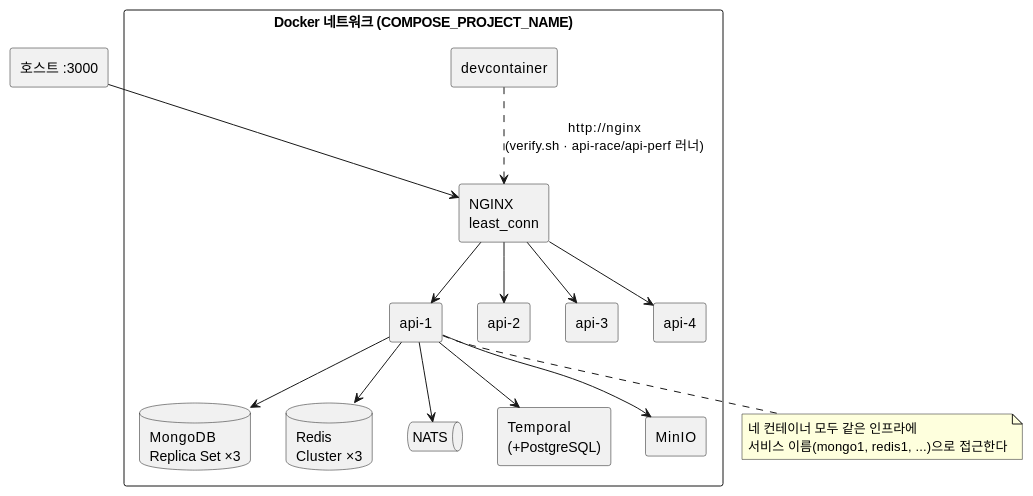
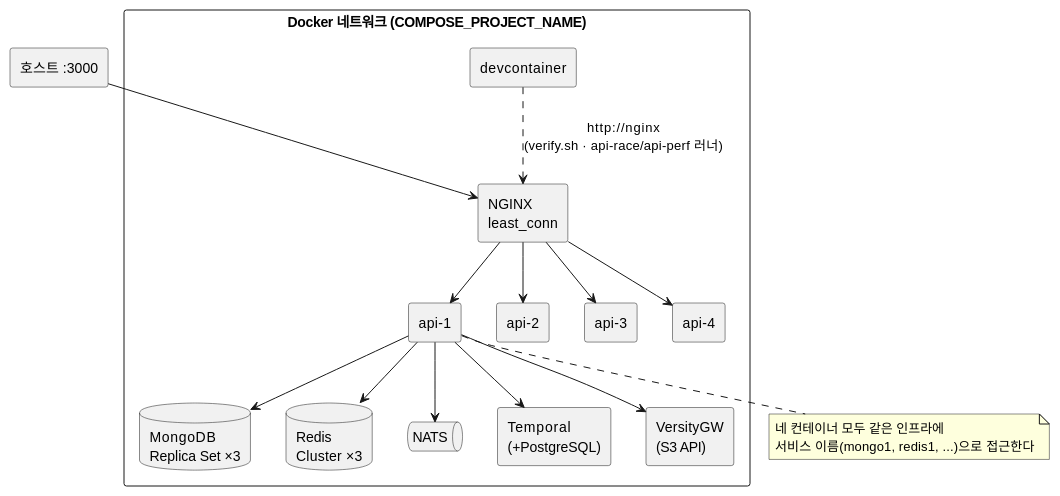
One commit to mannercode/nest-seed changed the diagram in docs/deploy.md. Above: the diagram before and after it, drawn with PlantUML. The commit also changed other lines of this file and 25 other files, not shown here.

````diff
--- a/docs/deploy.md
+++ b/docs/deploy.md
@@ -11,36 +11,36 @@
 ```plantuml
 @startuml
 skinparam componentStyle rectangle
 
 rectangle "호스트 :3000" as hostport
 rectangle "Docker 네트워크 (COMPOSE_PROJECT_NAME)" {
     [NGINX\nleast_conn] as nginx
     [api-1] as a1
     [api-2] as a2
     [api-3] as a3
     [api-4] as a4
     database "MongoDB\nReplica Set ×3" as mongo
     database "Redis\nCluster ×3" as redis
     queue NATS as nats
     [Temporal\n(+PostgreSQL)] as temporal
-    [MinIO] as minio
+    [VersityGW\n(S3 API)] as s3
     [devcontainer] as dev
 }
 
 hostport --> nginx
 nginx --> a1
 nginx --> a2
 nginx --> a3
 nginx --> a4
 a1 --> mongo
 a1 --> redis
 a1 --> nats
 a1 --> temporal
-a1 --> minio
+a1 --> s3
 note bottom of a1
   네 컨테이너 모두 같은 인프라에
   서비스 이름(mongo1, redis1, ...)으로 접근한다
 end note
 dev ..> nginx : http://nginx\n(verify.sh · api-race/api-perf 러너)
 @enduml
 ```
````
